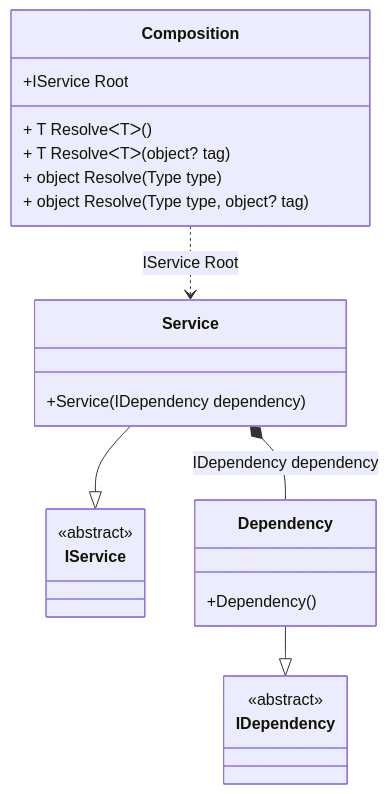
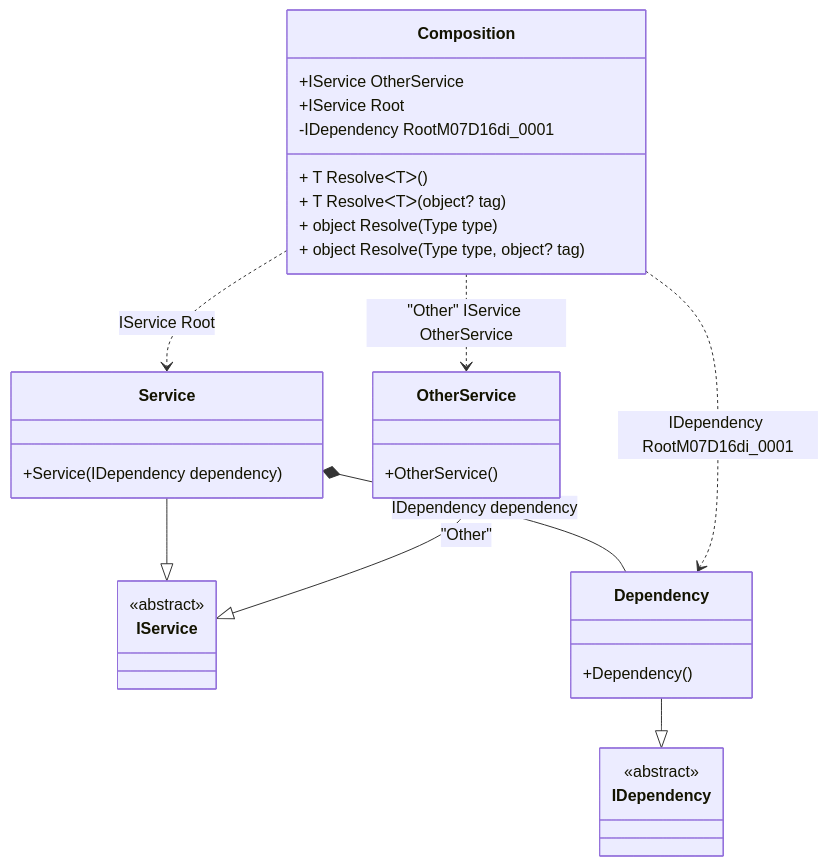
Before and after one commit to DevTeam/Pure.DI: the diagram in readme/composition-root.md, drawn with Mermaid. The commit also changed other lines of this file and 51 other files, not shown here.

````diff
--- a/readme/composition-root.md
+++ b/readme/composition-root.md
@@ -30,26 +43,34 @@
 ```mermaid
 classDiagram
   class Composition {
+    +IService OtherService
     +IService Root
+    -IDependency RootM07D16di_0001
     + T ResolveᐸTᐳ()
     + T ResolveᐸTᐳ(object? tag)
     + object Resolve(Type type)
     + object Resolve(Type type, object? tag)
   }
   Service --|> IService : 
   class Service {
     +Service(IDependency dependency)
   }
   Dependency --|> IDependency : 
   class Dependency {
     +Dependency()
   }
+  OtherService --|> IService : "Other" 
+  class OtherService {
+    +OtherService()
+  }
   class IService {
     <<abstract>>
   }
   class IDependency {
     <<abstract>>
   }
   Service *--  Dependency : IDependency dependency
+  Composition ..> Dependency : IDependency RootM07D16di_0001
   Composition ..> Service : IService Root
+  Composition ..> OtherService : "Other" IService OtherService
 ```
````
